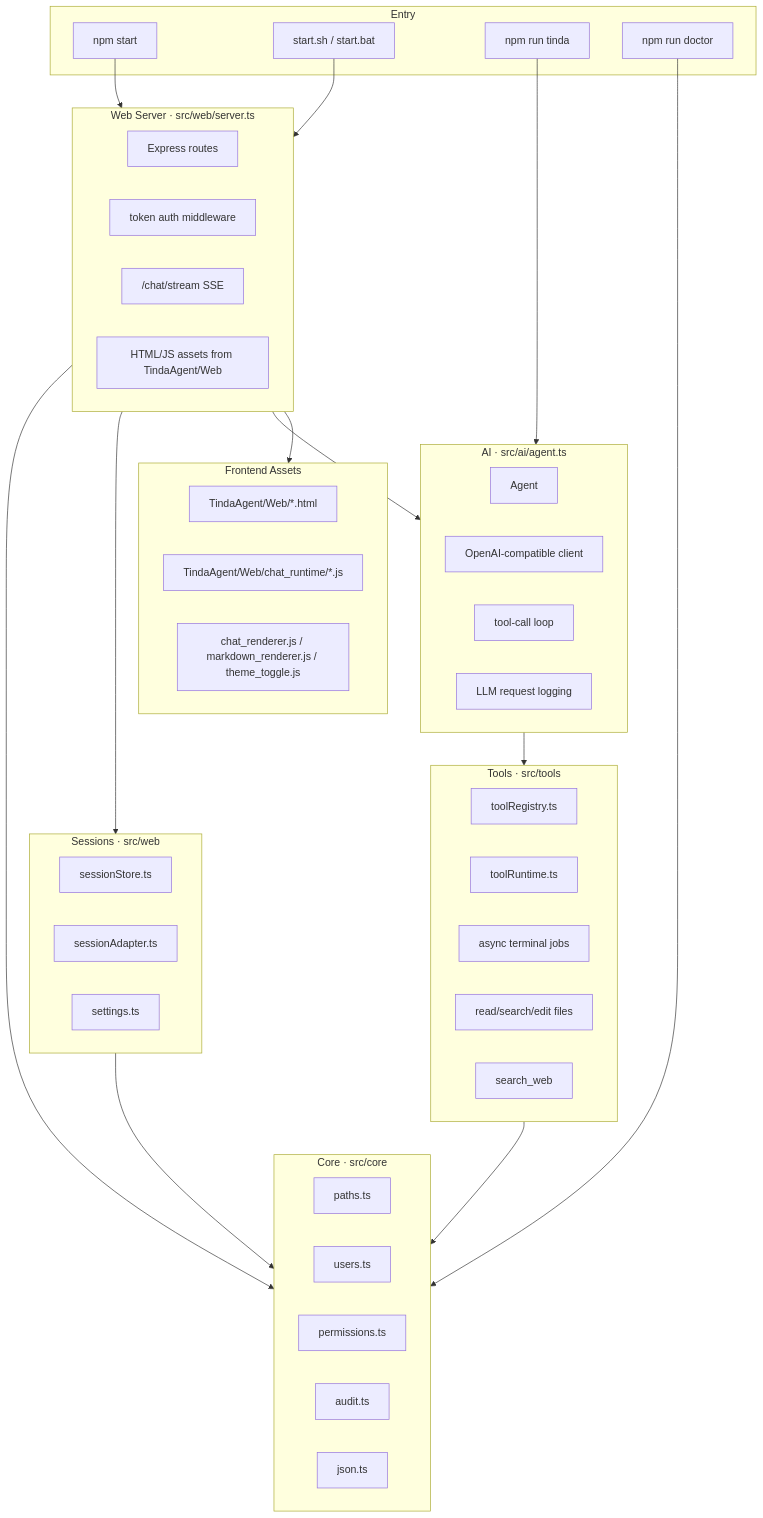
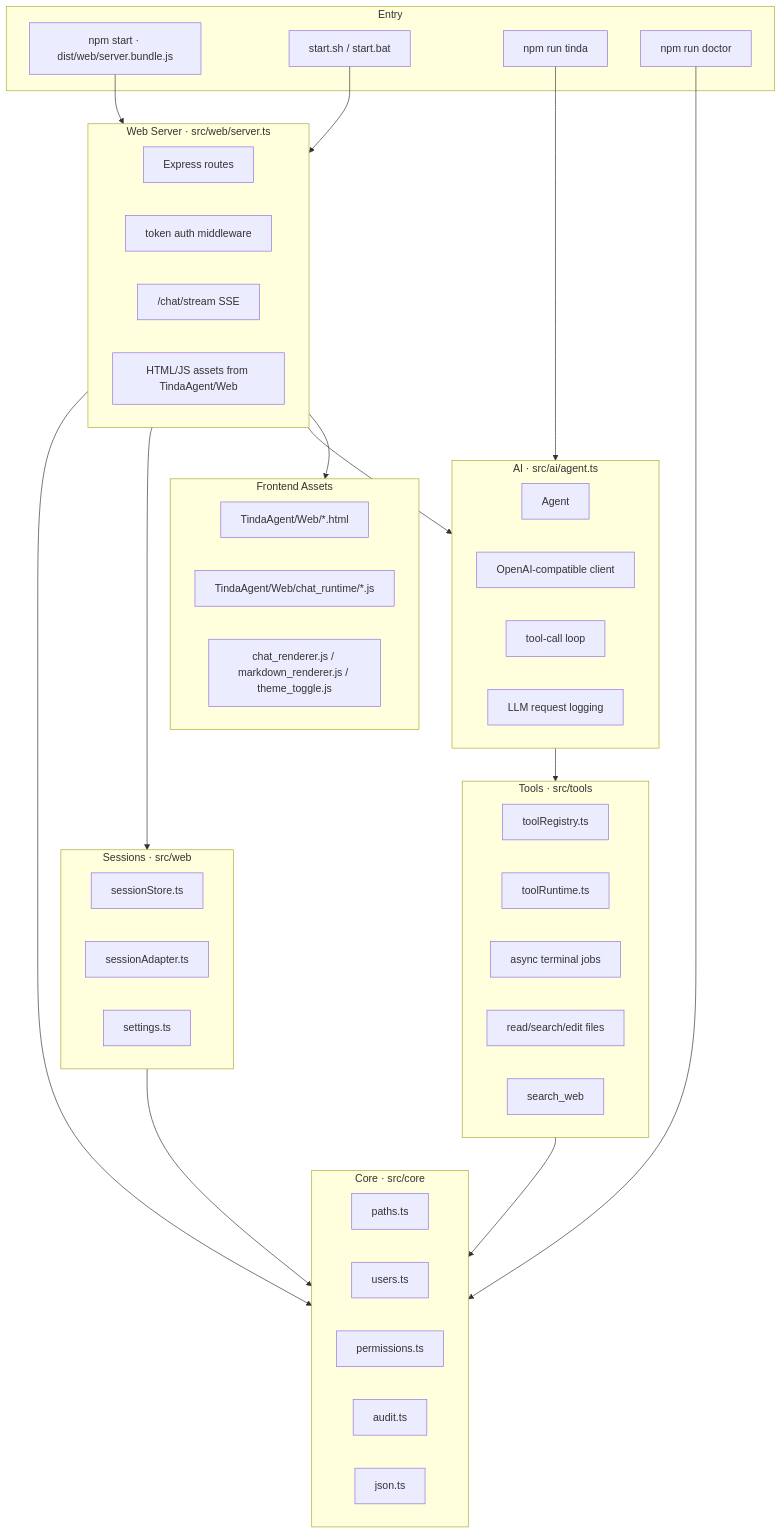
Before and after one commit to TindaMe/TindaAgent: the diagram in release/source/TindaAgent/docs/architecture.md, drawn with Mermaid. The commit also changed 16 other files, not shown here.

````diff
--- a/release/source/TindaAgent/docs/architecture.md
+++ b/release/source/TindaAgent/docs/architecture.md
@@ -8,63 +8,63 @@
 ```mermaid
 flowchart TB
     subgraph Entry[Entry]
-        npm_start["npm start"]
+        npm_start["npm start · dist/web/server.bundle.js"]
         start_sh["start.sh / start.bat"]
         cli["npm run tinda"]
         doctor["npm run doctor"]
     end
 
     subgraph Web[Web Server · src/web/server.ts]
         routes["Express routes"]
         auth["token auth middleware"]
         sse["/chat/stream SSE"]
         assets["HTML/JS assets from TindaAgent/Web"]
     end
 
     subgraph Core[Core · src/core]
         paths["paths.ts"]
         users["users.ts"]
         perms["permissions.ts"]
         audit["audit.ts"]
         json["json.ts"]
     end
 
     subgraph AI[AI · src/ai/agent.ts]
         agent["Agent"]
         llm["OpenAI-compatible client"]
         loop["tool-call loop"]
         log["LLM request logging"]
     end
 
     subgraph Tools[Tools · src/tools]
         registry["toolRegistry.ts"]
         runtime["toolRuntime.ts"]
         terminal["async terminal jobs"]
         files["read/search/edit files"]
         websearch["search_web"]
     end
 
     subgraph Sessions[Sessions · src/web]
         store["sessionStore.ts"]
         adapter["sessionAdapter.ts"]
         settings["settings.ts"]
     end
 
     subgraph Frontend[Frontend Assets]
         html["TindaAgent/Web/*.html"]
         runtime_js["TindaAgent/Web/chat_runtime/*.js"]
         renderers["chat_renderer.js / markdown_renderer.js / theme_toggle.js"]
     end
 
     npm_start --> Web
     start_sh --> Web
     cli --> AI
     doctor --> Core
     Web --> Core
     Web --> Sessions
     Web --> AI
     AI --> Tools
     Tools --> Core
     Sessions --> Core
     Web --> Frontend
 ```
````
